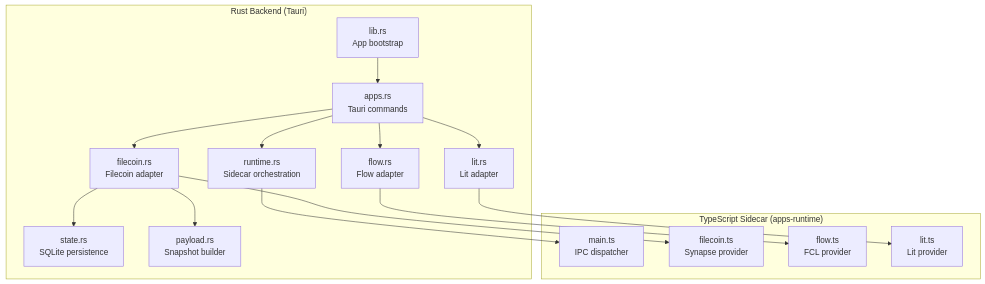
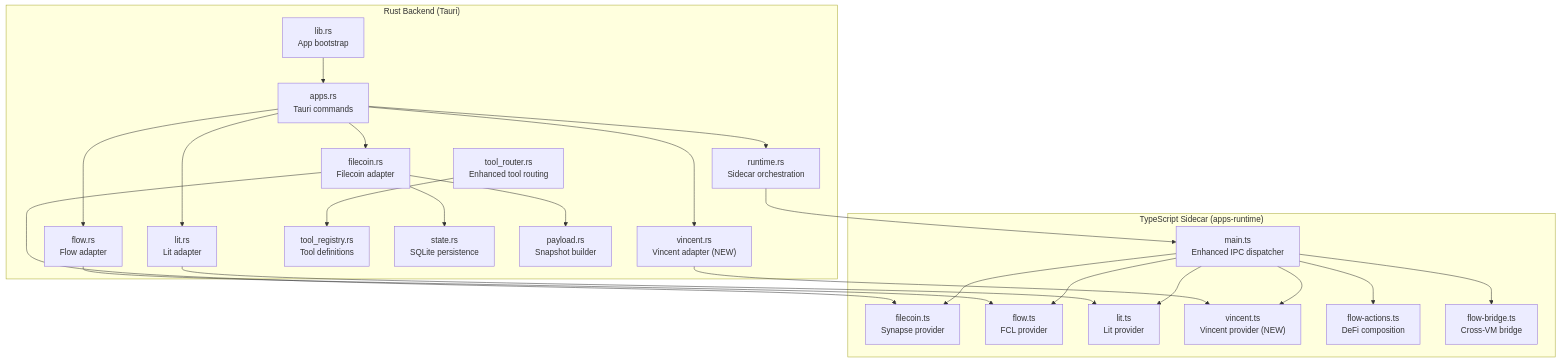
Before and after one commit to sanketnighot/shadow-protocol: the first of 10 diagrams in .qoder/repowiki/en/content/Applications & Extensions/Runtime Providers.md, drawn with Mermaid. The commit also changed other lines of this file and 9 other files, not shown here.

First line of the commit message:
feat: Enhance SHADOW Protocol with new Flow and AI services integration

````diff
--- a/.qoder/repowiki/en/content/Applications & Extensions/Runtime Providers.md
+++ b/.qoder/repowiki/en/content/Applications & Extensions/Runtime Providers.md
@@ -40,30 +54,45 @@
 ```mermaid
 graph TB
 subgraph "Rust Backend (Tauri)"
 RT["runtime.rs<br/>Sidecar orchestration"]
 FC["filecoin.rs<br/>Filecoin adapter"]
 FL["flow.rs<br/>Flow adapter"]
 LT["lit.rs<br/>Lit adapter"]
+VC["vincent.rs<br/>Vincent adapter (NEW)"]
+TR["tool_router.rs<br/>Enhanced tool routing"]
+TK["tool_registry.rs<br/>Tool definitions"]
 ST["state.rs<br/>SQLite persistence"]
 PL["payload.rs<br/>Snapshot builder"]
 CMDS["apps.rs<br/>Tauri commands"]
 LIB["lib.rs<br/>App bootstrap"]
 end
 subgraph "TypeScript Sidecar (apps-runtime)"
-TS_MAIN["main.ts<br/>IPC dispatcher"]
+TS_MAIN["main.ts<br/>Enhanced IPC dispatcher"]
 TS_FC["filecoin.ts<br/>Synapse provider"]
 TS_FL["flow.ts<br/>FCL provider"]
 TS_LT["lit.ts<br/>Lit provider"]
+TS_VC["vincent.ts<br/>Vincent provider (NEW)"]
+TS_FA["flow-actions.ts<br/>DeFi composition"]
+TS_FB["flow-bridge.ts<br/>Cross-VM bridge"]
 end
 RT --> TS_MAIN
 FC --> TS_FC
 FL --> TS_FL
 LT --> TS_LT
+VC --> TS_VC
+TR --> TK
+TS_MAIN --> TS_FC
+TS_MAIN --> TS_FL
+TS_MAIN --> TS_LT
+TS_MAIN --> TS_VC
+TS_MAIN --> TS_FA
+TS_MAIN --> TS_FB
 FC --> ST
 FC --> PL
 CMDS --> RT
 CMDS --> FC
 CMDS --> FL
 CMDS --> LT
+CMDS --> VC
 LIB --> CMDS
 ```
````
